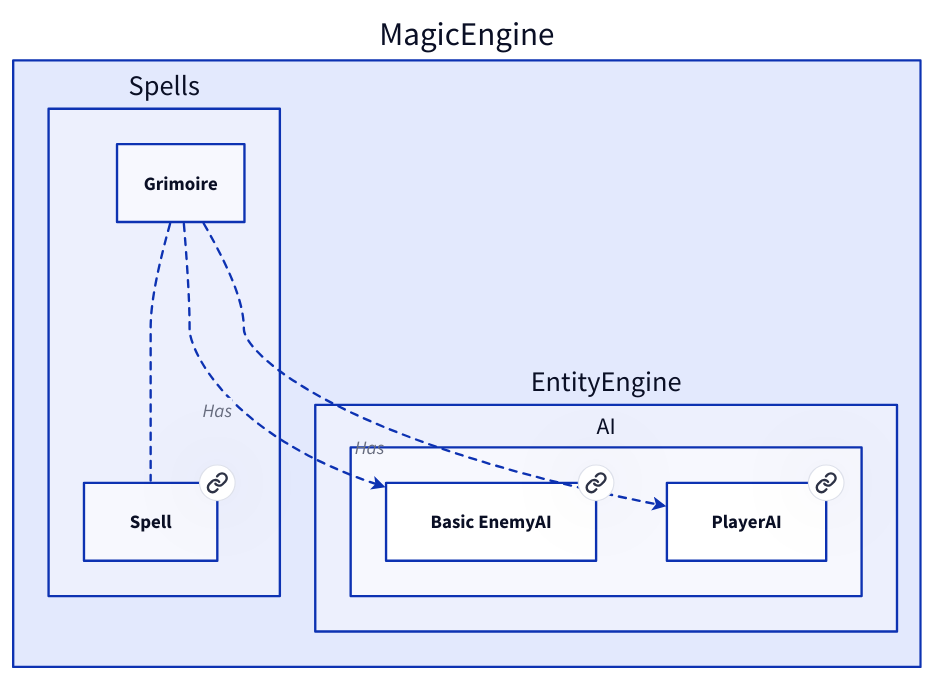
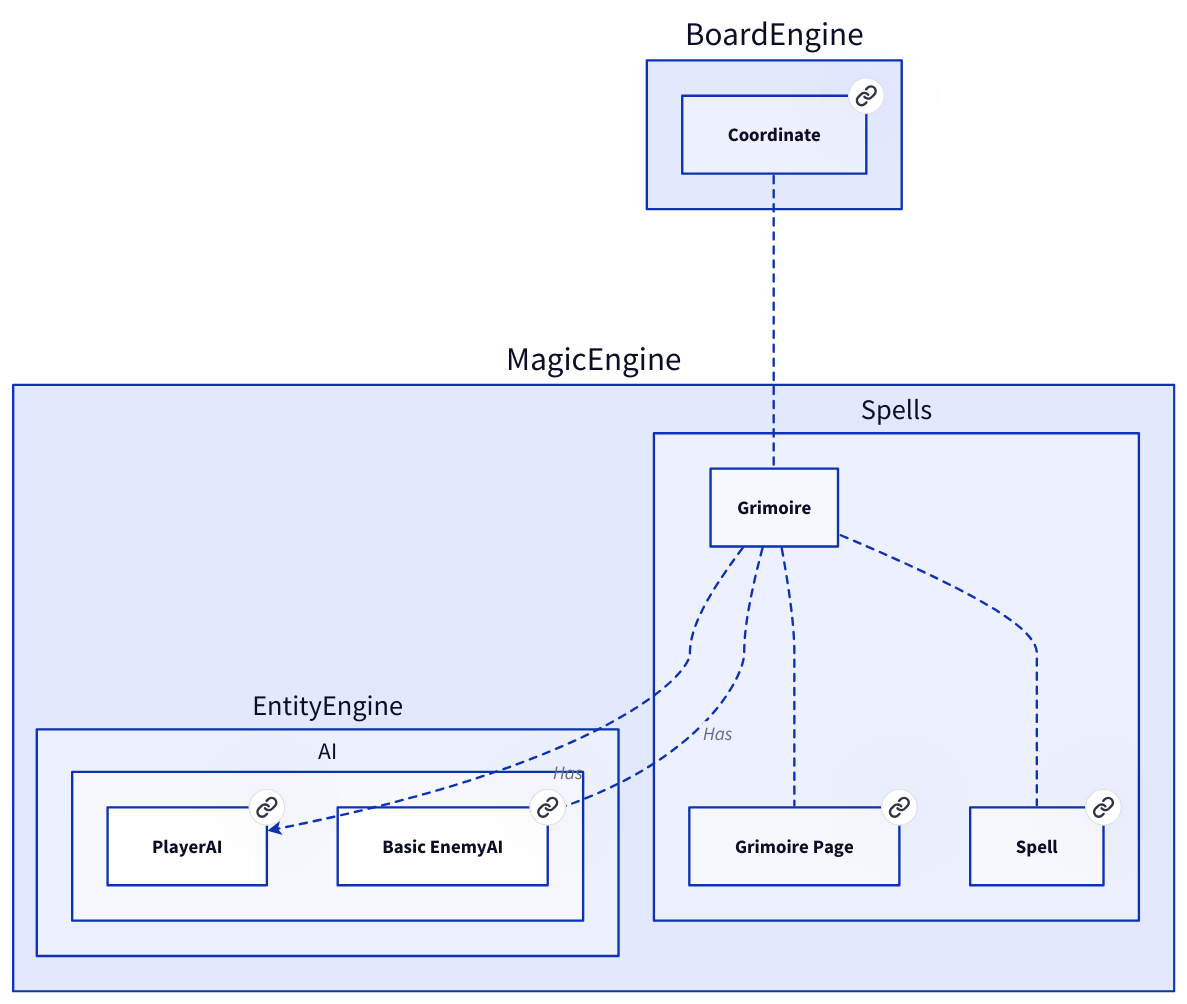
One commit to Portevent/Brume-Documentation changed the diagram in doc/MagicEngine/Spells/Grimoire.md. Above: the diagram before and after it, drawn with D2. The commit also changed other lines of this file and 79 other files, not shown here.

````diff
--- a/doc/MagicEngine/Spells/Grimoire.md
+++ b/doc/MagicEngine/Spells/Grimoire.md
@@ -11,32 +11,42 @@
 ```d2
 # Nodes :
+BoardEngine: {
+    Coordinate: Coordinate {
+       link: Coordinate
+    }
+}
 MagicEngine: {
-    Spells: {
-        Spell: Spell {
-           link: Spell
-        }
-    }
     EntityEngine: {
         AI: {
+            PlayerAI: PlayerAI {
+               link: PlayerAI
+            }
             BasicEnemyAI: Basic EnemyAI {
                link: BasicEnemyAI
             }
-            PlayerAI: PlayerAI {
-               link: PlayerAI
-            }
+        }
+    }
+    Spells: {
+        GrimoirePage: Grimoire Page {
+           link: GrimoirePage
+        }
+        Spell: Spell {
+           link: Spell
         }
     }
 }
 
 # Links :
+BoardEngine.Coordinate -- MagicEngine.Spells.Grimoire: {style.stroke-dash: 3}
+MagicEngine.Spells.Grimoire -- MagicEngine.Spells.GrimoirePage: {style.stroke-dash: 3}
 MagicEngine.Spells.Grimoire -- MagicEngine.Spells.Spell: {style.stroke-dash: 3}
-MagicEngine.Spells.Grimoire -> MagicEngine.EntityEngine.AI.BasicEnemyAI: Has {style.stroke-dash: 3
+MagicEngine.Spells.Grimoire -> MagicEngine.EntityEngine.AI.PlayerAI: Has {style.stroke-dash: 3
 source-arrowhead: {}
 target-arrowhead: {shape: arrow}
 }
-MagicEngine.Spells.Grimoire -> MagicEngine.EntityEngine.AI.PlayerAI: Has {style.stroke-dash: 3
+MagicEngine.Spells.Grimoire -> MagicEngine.EntityEngine.AI.BasicEnemyAI: Has {style.stroke-dash: 3
 source-arrowhead: {}
 target-arrowhead: {shape: arrow}
 }
 
 ```
````
